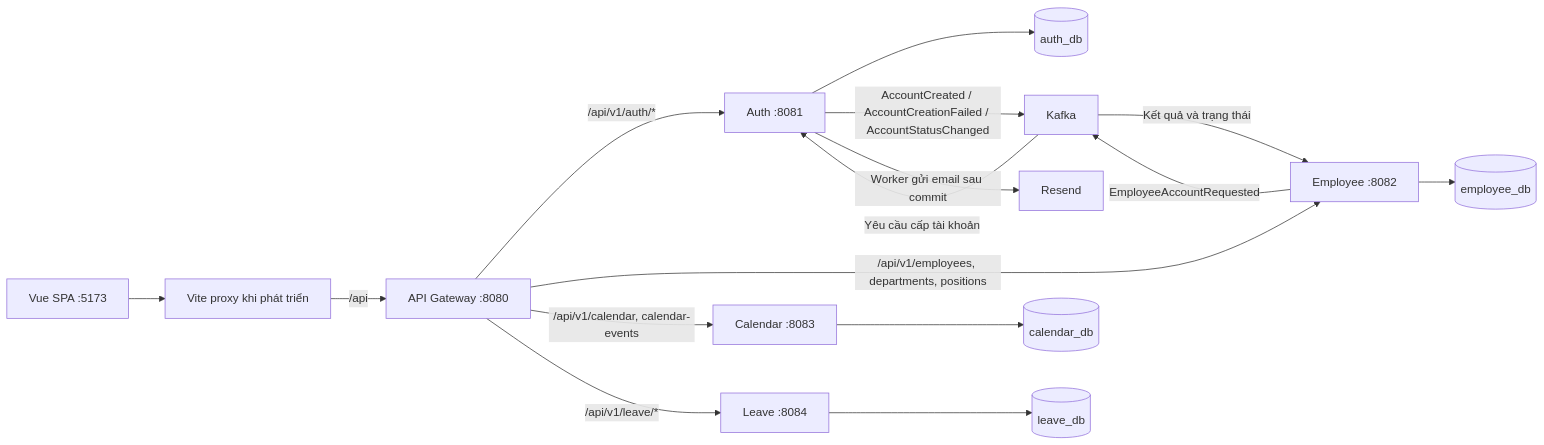
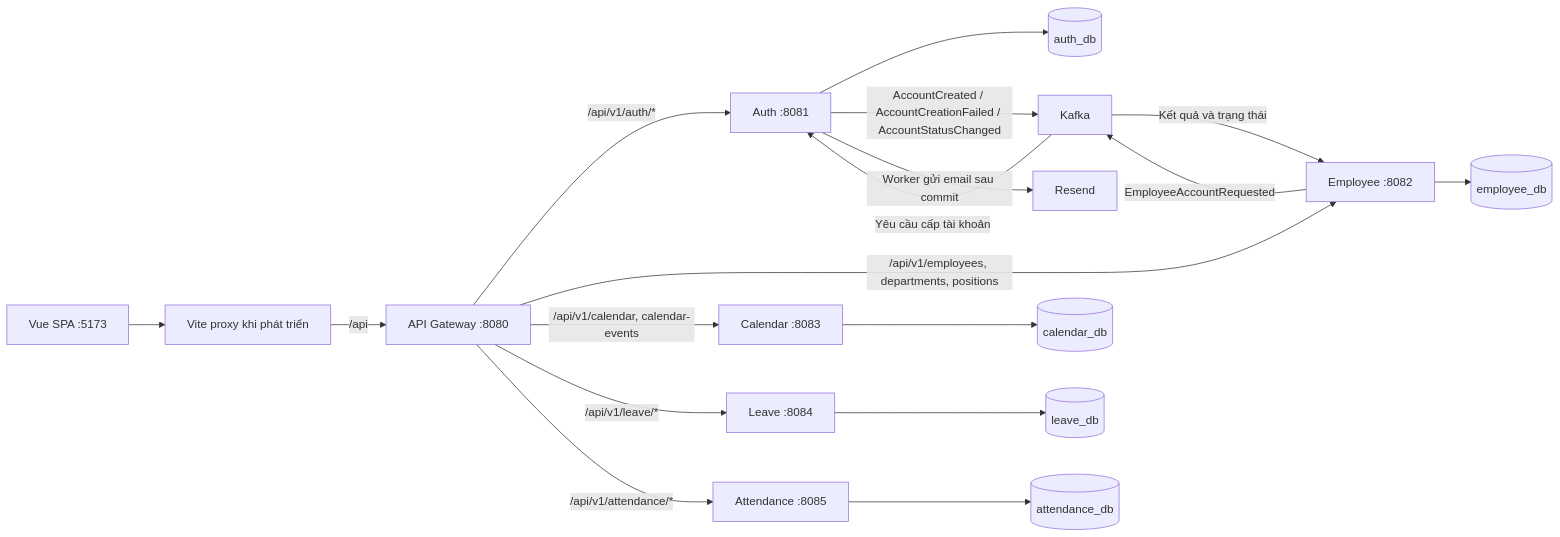
The diagram in README.md (Harold-Luong/company-hrm), drawn with Mermaid before and after one commit. The commit also changed other lines of this file and 16 other files, not shown here.

````diff
--- a/README.md
+++ b/README.md
@@ -72,18 +74,20 @@
 ```mermaid
 flowchart LR
     UI["Vue SPA :5173"] --> P["Vite proxy khi phát triển"]
     P -->|"/api"| G["API Gateway :8080"]
     G -->|"/api/v1/auth/*"| A["Auth :8081"]
     G -->|"/api/v1/employees, departments, positions"| E["Employee :8082"]
     G -->|"/api/v1/calendar, calendar-events"| C["Calendar :8083"]
     A --> AD[(auth_db)]
     E --> ED[(employee_db)]
     C --> CD[(calendar_db)]
     G -->|"/api/v1/leave/*"| L["Leave :8084"]
     L --> LD[(leave_db)]
+    G -->|"/api/v1/attendance/*"| T["Attendance :8085"]
+    T --> TD[(attendance_db)]
     E -->|EmployeeAccountRequested| K[Kafka]
     K -->|Yêu cầu cấp tài khoản| A
     A -->|AccountCreated / AccountCreationFailed / AccountStatusChanged| K
     K -->|Kết quả và trạng thái| E
     A -->|Worker gửi email sau commit| R[Resend]
 ```
````
